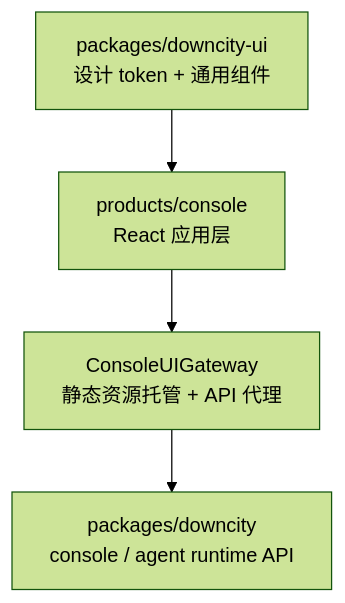
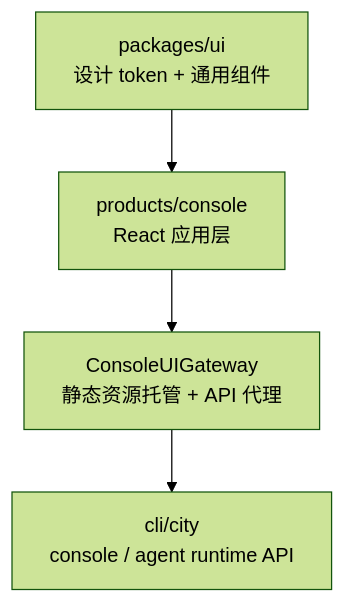
Before and after one commit to wangenius/downcity: the diagram in homepage/content/devdocs/zh/console-ui/react-architecture-v2.mdx, drawn with Mermaid (forest theme). The commit also changed other lines of this file and 278 other files, not shown here.

Commit message:
refactor(cli): split terminal packages

````diff
--- a/homepage/content/devdocs/zh/console-ui/react-architecture-v2.mdx
+++ b/homepage/content/devdocs/zh/console-ui/react-architecture-v2.mdx
@@ -30,11 +30,11 @@
 ```mermaid
 flowchart TD
   Gateway["ConsoleUIGateway<br/>静态资源托管 + API 代理"]
   App["products/console<br/>React 应用层"]
-  UI["packages/downcity-ui<br/>设计 token + 通用组件"]
-  Runtime["packages/downcity<br/>console / agent runtime API"]
+  UI["packages/ui<br/>设计 token + 通用组件"]
+  Runtime["cli/city<br/>console / agent runtime API"]
 
   UI --> App
   App --> Gateway
   Gateway --> Runtime
 ```
````
